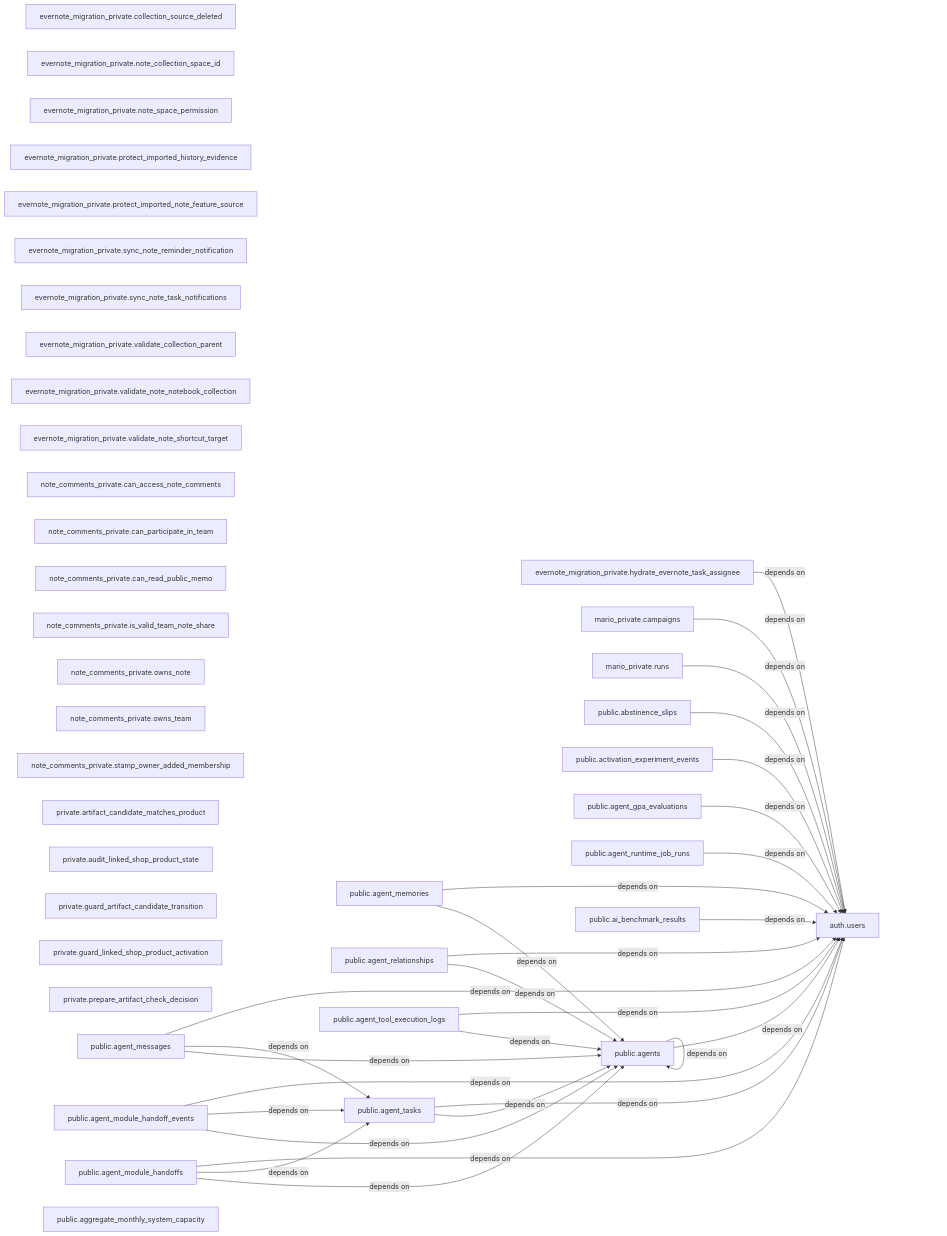
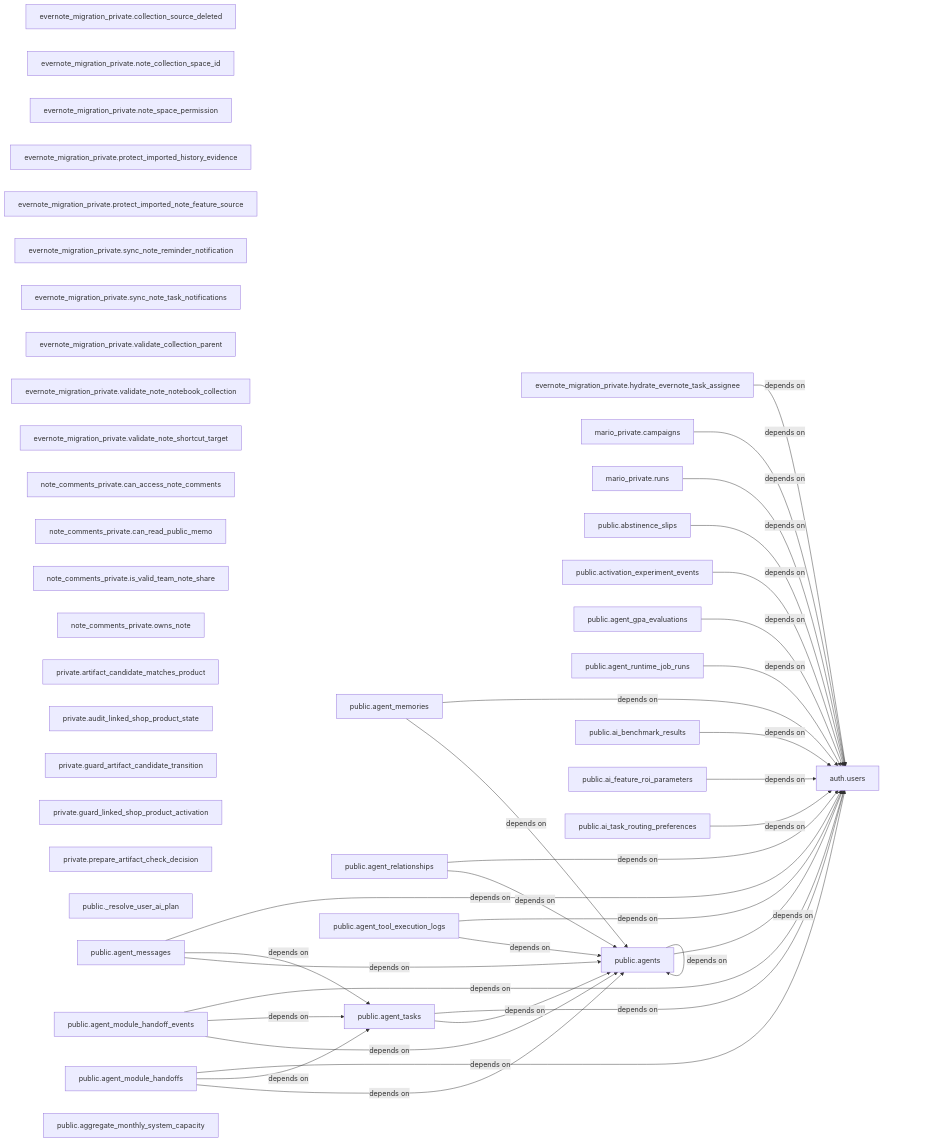
The second of 2 diagrams in docs/generated/INFRASTRUCTURE_MAP.md (kanta13jp1/my_web_app), drawn with Mermaid before and after one commit. The commit also changed other lines of this file and 7 other files, not shown here.

````diff
--- a/docs/generated/INFRASTRUCTURE_MAP.md
+++ b/docs/generated/INFRASTRUCTURE_MAP.md
@@ -25,70 +25,72 @@
 ```mermaid
 flowchart LR
   r_83903ee32b["auth.users"]
   r_d88f3b84ca["evernote_migration_private.collection_source_deleted"]
   r_73c4f41def["evernote_migration_private.hydrate_evernote_task_assignee"]
   r_ffb672200f["evernote_migration_private.note_collection_space_id"]
   r_769d2844f9["evernote_migration_private.note_space_permission"]
   r_c5d14536e4["evernote_migration_private.protect_imported_history_evidence"]
   r_61ee01a06e["evernote_migration_private.protect_imported_note_feature_source"]
   r_39663d015d["evernote_migration_private.sync_note_reminder_notification"]
   r_7003e30ffb["evernote_migration_private.sync_note_task_notifications"]
   r_cb340cb8d0["evernote_migration_private.validate_collection_parent"]
   r_83b4367884["evernote_migration_private.validate_note_notebook_collection"]
   r_cf19f1c46f["evernote_migration_private.validate_note_shortcut_target"]
   r_ac500aabc1["mario_private.campaigns"]
   r_c3130a4a16["mario_private.runs"]
   r_6bb9d6715b["note_comments_private.can_access_note_comments"]
-  r_8911c7866b["note_comments_private.can_participate_in_team"]
   r_925c771fa1["note_comments_private.can_read_public_memo"]
   r_5eb21972d5["note_comments_private.is_valid_team_note_share"]
   r_e8169db4ad["note_comments_private.owns_note"]
-  r_a0397d99b8["note_comments_private.owns_team"]
-  r_2e9cd17c5c["note_comments_private.stamp_owner_added_membership"]
   r_8191971c00["private.artifact_candidate_matches_product"]
   r_e1862b1f50["private.audit_linked_shop_product_state"]
   r_5a323ff113["private.guard_artifact_candidate_transition"]
   r_f6277383c4["private.guard_linked_shop_product_activation"]
   r_c5201230ed["private.prepare_artifact_check_decision"]
+  r_09591299f9["public._resolve_user_ai_plan"]
   r_329fe13cab["public.abstinence_slips"]
   r_baad80ddc1["public.activation_experiment_events"]
   r_fbcd5fc165["public.agent_gpa_evaluations"]
   r_7673212bd8["public.agent_memories"]
   r_75122649e6["public.agent_messages"]
   r_033868af7f["public.agent_module_handoff_events"]
   r_999827be17["public.agent_module_handoffs"]
   r_d87b4e9d5a["public.agent_relationships"]
   r_ad4057e3a0["public.agent_runtime_job_runs"]
   r_07696a89a7["public.agent_tasks"]
   r_e4fc606bbb["public.agent_tool_execution_logs"]
   r_b7636f3dcb["public.agents"]
   r_0bb7f8efc2["public.aggregate_monthly_system_capacity"]
   r_e4bcb02f47["public.ai_benchmark_results"]
+  r_1381217d4c["public.ai_feature_roi_parameters"]
+  r_4da936d222["public.ai_task_routing_preferences"]
   r_73c4f41def -->|depends on| r_83903ee32b
   r_ac500aabc1 -->|depends on| r_83903ee32b
   r_c3130a4a16 -->|depends on| r_83903ee32b
   r_329fe13cab -->|depends on| r_83903ee32b
   r_baad80ddc1 -->|depends on| r_83903ee32b
   r_fbcd5fc165 -->|depends on| r_83903ee32b
   r_7673212bd8 -->|depends on| r_83903ee32b
   r_7673212bd8 -->|depends on| r_b7636f3dcb
   r_75122649e6 -->|depends on| r_83903ee32b
   r_75122649e6 -->|depends on| r_07696a89a7
   r_75122649e6 -->|depends on| r_b7636f3dcb
   r_033868af7f -->|depends on| r_83903ee32b
   r_033868af7f -->|depends on| r_07696a89a7
   r_033868af7f -->|depends on| r_b7636f3dcb
   r_999827be17 -->|depends on| r_83903ee32b
   r_999827be17 -->|depends on| r_07696a89a7
   r_999827be17 -->|depends on| r_b7636f3dcb
   r_d87b4e9d5a -->|depends on| r_83903ee32b
   r_d87b4e9d5a -->|depends on| r_b7636f3dcb
   r_ad4057e3a0 -->|depends on| r_83903ee32b
   r_07696a89a7 -->|depends on| r_83903ee32b
   r_07696a89a7 -->|depends on| r_b7636f3dcb
   r_e4fc606bbb -->|depends on| r_83903ee32b
   r_e4fc606bbb -->|depends on| r_b7636f3dcb
   r_b7636f3dcb -->|depends on| r_83903ee32b
   r_b7636f3dcb -->|depends on| r_b7636f3dcb
   r_e4bcb02f47 -->|depends on| r_83903ee32b
+  r_1381217d4c -->|depends on| r_83903ee32b
+  r_4da936d222 -->|depends on| r_83903ee32b
 ```
````
